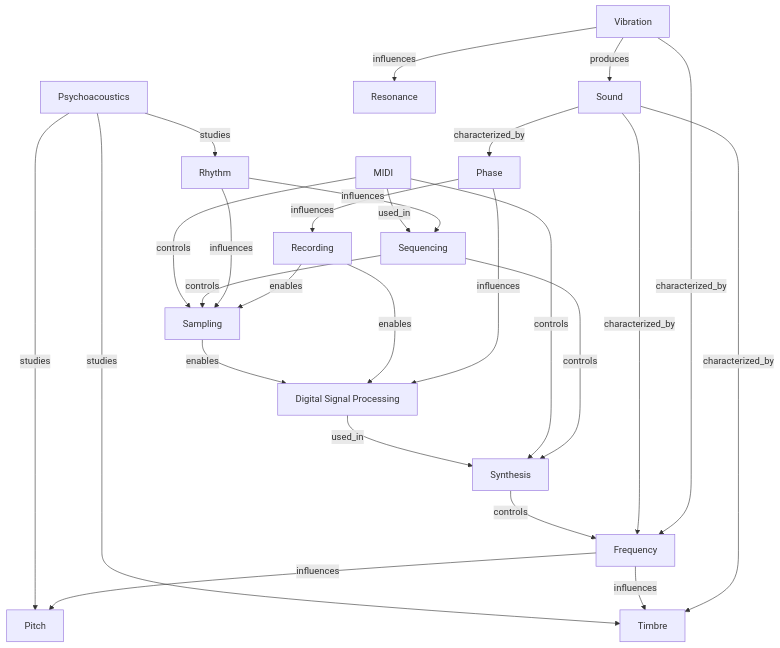
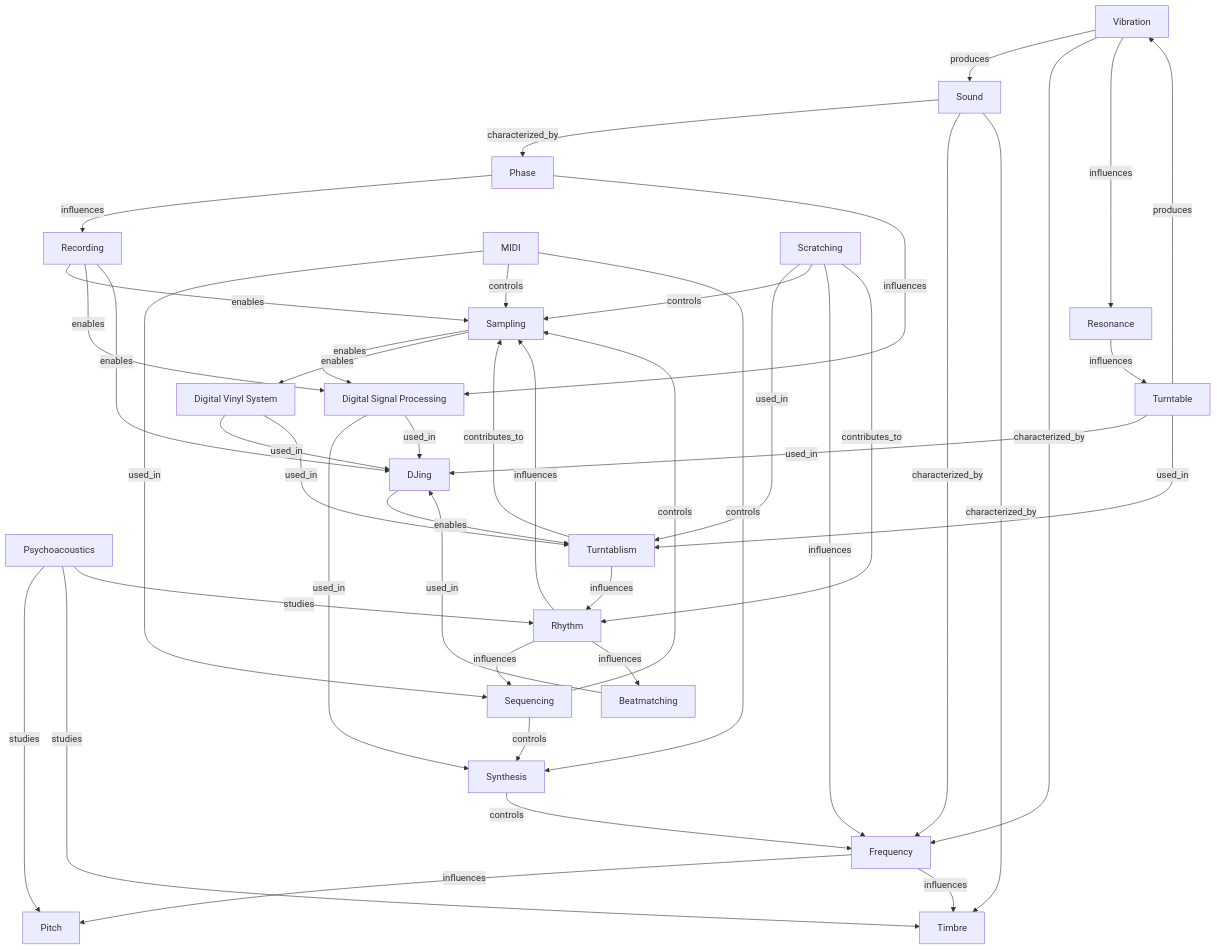
One commit to britbufkin1225-web/audiomuse changed the diagram in docs/session-node-map.md. Above: the diagram before and after it, drawn with Mermaid. The commit also changed other lines of this file and 24 other files, not shown here.

````diff
--- a/docs/session-node-map.md
+++ b/docs/session-node-map.md
@@ -49,32 +62,51 @@
 ```mermaid
 graph TD
     VIBRATION[Vibration] -- produces --> SOUND[Sound]
     VIBRATION -- characterized_by --> FREQUENCY[Frequency]
     VIBRATION -- influences --> RESONANCE[Resonance]
 
     SOUND -- characterized_by --> PHASE[Phase]
     SOUND -- characterized_by --> FREQUENCY
     SOUND -- characterized_by --> TIMBRE[Timbre]
 
     FREQUENCY -- influences --> PITCH[Pitch]
     FREQUENCY -- influences --> TIMBRE
     SYNTHESIS[Synthesis] -- controls --> FREQUENCY
     PHASE -- influences --> RECORDING[Recording]
     PHASE -- influences --> DSP[Digital Signal Processing]
 
     PSYCHO[Psychoacoustics] -- studies --> PITCH
     PSYCHO -- studies --> TIMBRE
     PSYCHO -- studies --> RHYTHM[Rhythm]
 
     RECORDING -- enables --> SAMPLING[Sampling]
     RECORDING -- enables --> DSP
     RHYTHM -- influences --> SAMPLING
     RHYTHM -- influences --> SEQUENCING[Sequencing]
     SEQUENCING -- controls --> SAMPLING
     SEQUENCING -- controls --> SYNTHESIS
     MIDI[MIDI] -- used_in --> SEQUENCING
     MIDI -- controls --> SAMPLING
     MIDI -- controls --> SYNTHESIS
     DSP -- used_in --> SYNTHESIS
     SAMPLING -- enables --> DSP
+
+    RECORDING -- enables --> DJING[DJing]
+    DSP -- used_in --> DJING
+    DJING -- enables --> TURNTABLISM[Turntablism]
+    TURNTABLISM -- contributes_to --> SAMPLING
+    TURNTABLISM -- influences --> RHYTHM
+    SCRATCHING[Scratching] -- used_in --> TURNTABLISM
+    SCRATCHING -- controls --> SAMPLING
+    SCRATCHING -- influences --> FREQUENCY
+    SCRATCHING -- contributes_to --> RHYTHM
+    TURNTABLE[Turntable] -- produces --> VIBRATION
+    TURNTABLE -- used_in --> DJING
+    TURNTABLE -- used_in --> TURNTABLISM
+    RESONANCE -- influences --> TURNTABLE
+    RHYTHM -- influences --> BEATMATCHING[Beatmatching]
+    BEATMATCHING -- used_in --> DJING
+    SAMPLING -- enables --> DVS[Digital Vinyl System]
+    DVS -- used_in --> DJING
+    DVS -- used_in --> TURNTABLISM
 ```
````
